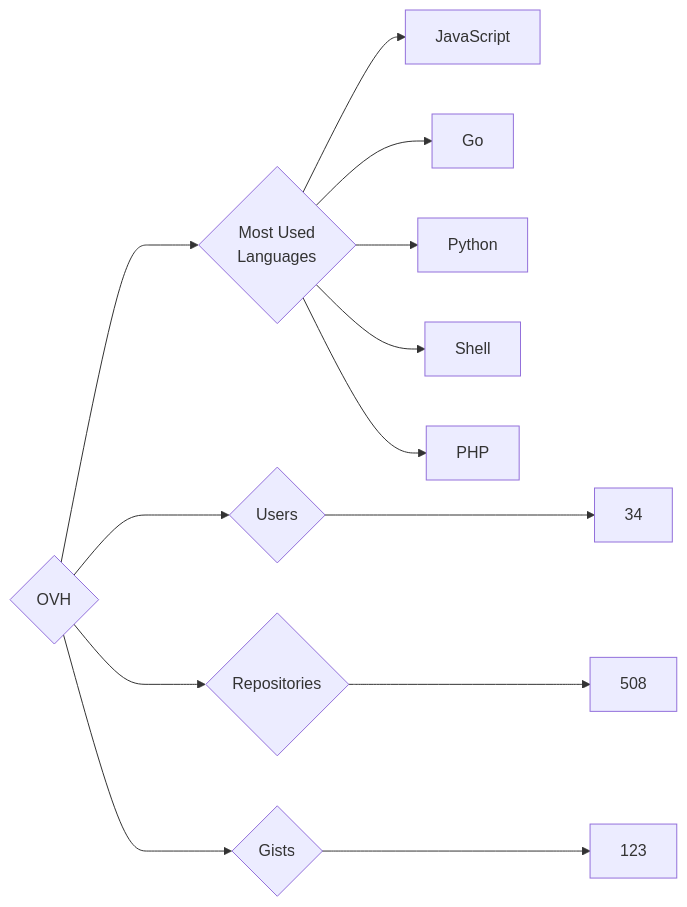
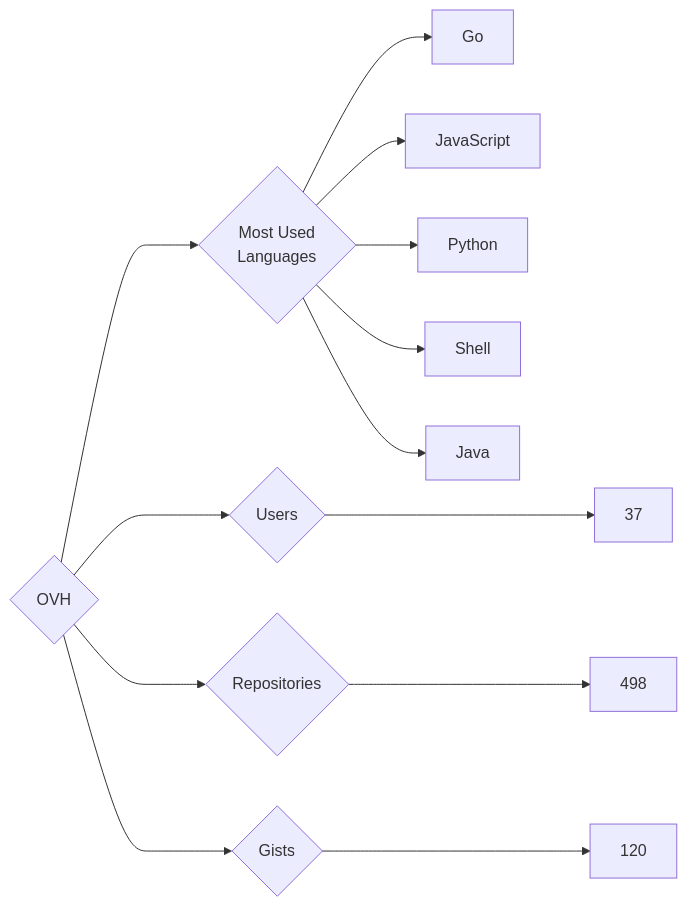
One commit to trickest/insiders changed the diagram in targets/OVH/README.md. Above: the diagram before and after it, drawn with Mermaid. The commit also changed 965 other files, not shown here.

````diff
--- a/targets/OVH/README.md
+++ b/targets/OVH/README.md
@@ -3,13 +3,13 @@
 ```mermaid
 graph LR
 COMPANY_NAME{OVH}
-COMPANY_NAME ---> U{Users} ---> UN[34]
-COMPANY_NAME ---> R{Repositories} ---> RN[508]
-COMPANY_NAME ---> G{Gists} ---> GN[123]
+COMPANY_NAME ---> U{Users} ---> UN[37]
+COMPANY_NAME ---> R{Repositories} ---> RN[498]
+COMPANY_NAME ---> G{Gists} ---> GN[120]
 COMPANY_NAME ---> ML{Most Used<br>Languages}
+ML --> Go[Go]
 ML --> JavaScript[JavaScript]
-ML --> Go[Go]
 ML --> Python[Python]
 ML --> Shell[Shell]
-ML --> PHP[PHP]
+ML --> Java[Java]
 ```
````
